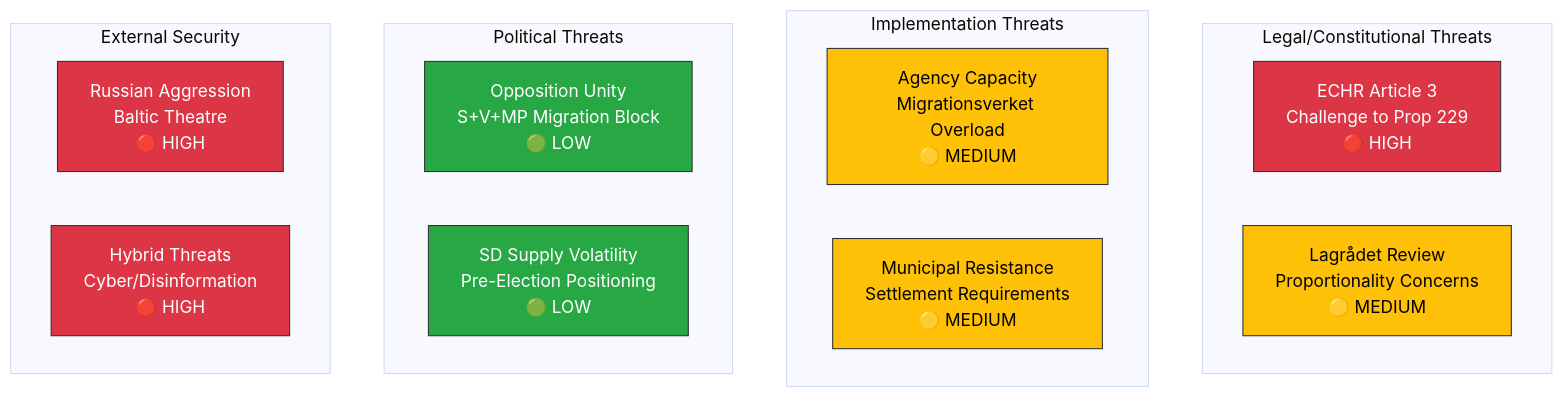
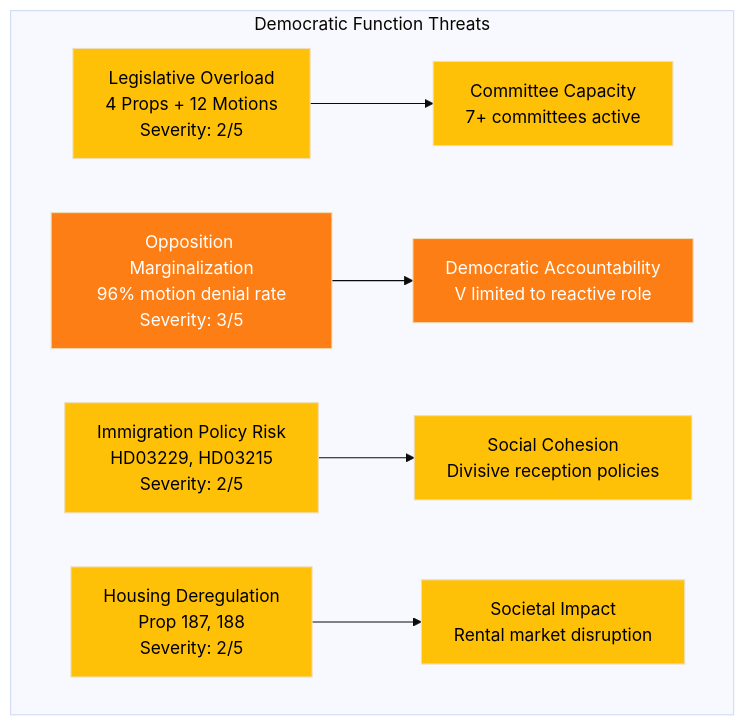
Before and after one commit to Hack23/riksdagsmonitor: the diagram in analysis/daily/2026-03-31/threat-analysis.md, drawn with Mermaid (base theme). The commit also changed other lines of this file and 60 other files, not shown here.

````diff
--- a/analysis/daily/2026-03-31/threat-analysis.md
+++ b/analysis/daily/2026-03-31/threat-analysis.md
@@ -18,27 +12,17 @@
 ```mermaid
 graph TD
-    subgraph "Legal/Constitutional Threats"
-        LC1["ECHR Article 3<br/>Challenge to Prop 229<br/>🔴 HIGH"]
-        LC2["Lagrådet Review<br/>Proportionality Concerns<br/>🟡 MEDIUM"]
+    subgraph "Democratic Function Threats"
+        A["Legislative Overload<br/>4 Props + 12 Motions<br/>Severity: 2/5"] --> B["Committee Capacity<br/>7+ committees active"]
+        C["Opposition Marginalization<br/>96% motion denial rate<br/>Severity: 3/5"] --> D["Democratic Accountability<br/>V limited to reactive role"]
+        E["Immigration Policy Risk<br/>HD03229, HD03215<br/>Severity: 2/5"] --> F["Social Cohesion<br/>Divisive reception policies"]
+        G["Housing Deregulation<br/>Prop 187, 188<br/>Severity: 2/5"] --> H["Societal Impact<br/>Rental market disruption"]
     end
-    subgraph "Implementation Threats"
-        IM1["Agency Capacity<br/>Migrationsverket Overload<br/>🟡 MEDIUM"]
-        IM2["Municipal Resistance<br/>Settlement Requirements<br/>🟡 MEDIUM"]
-    end
-    subgraph "Political Threats"
-        PT1["Opposition Unity<br/>S+V+MP Migration Block<br/>🟢 LOW"]
-        PT2["SD Supply Volatility<br/>Pre-Election Positioning<br/>🟢 LOW"]
-    end
-    subgraph "External Security"
-        ES1["Russian Aggression<br/>Baltic Theatre<br/>🔴 HIGH"]
-        ES2["Hybrid Threats<br/>Cyber/Disinformation<br/>🔴 HIGH"]
-    end
-    style LC1 fill:#dc3545,stroke:#333,color:#fff
-    style LC2 fill:#ffc107,stroke:#333,color:#000
-    style IM1 fill:#ffc107,stroke:#333,color:#000
-    style IM2 fill:#ffc107,stroke:#333,color:#000
-    style PT1 fill:#28a745,stroke:#333,color:#fff
-    style PT2 fill:#28a745,stroke:#333,color:#fff
-    style ES1 fill:#dc3545,stroke:#333,color:#fff
-    style ES2 fill:#dc3545,stroke:#333,color:#fff
+    style A fill:#ffc107,color:#000
+    style B fill:#ffc107,color:#000
+    style C fill:#fd7e14,color:#fff
+    style D fill:#fd7e14,color:#fff
+    style E fill:#ffc107,color:#000
+    style F fill:#ffc107,color:#000
+    style G fill:#ffc107,color:#000
+    style H fill:#ffc107,color:#000
 ```
````
